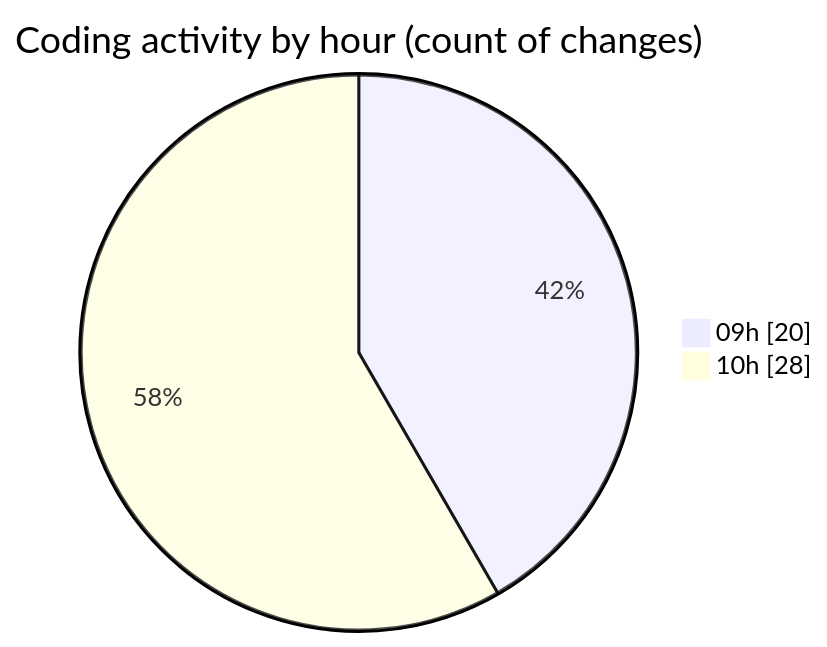
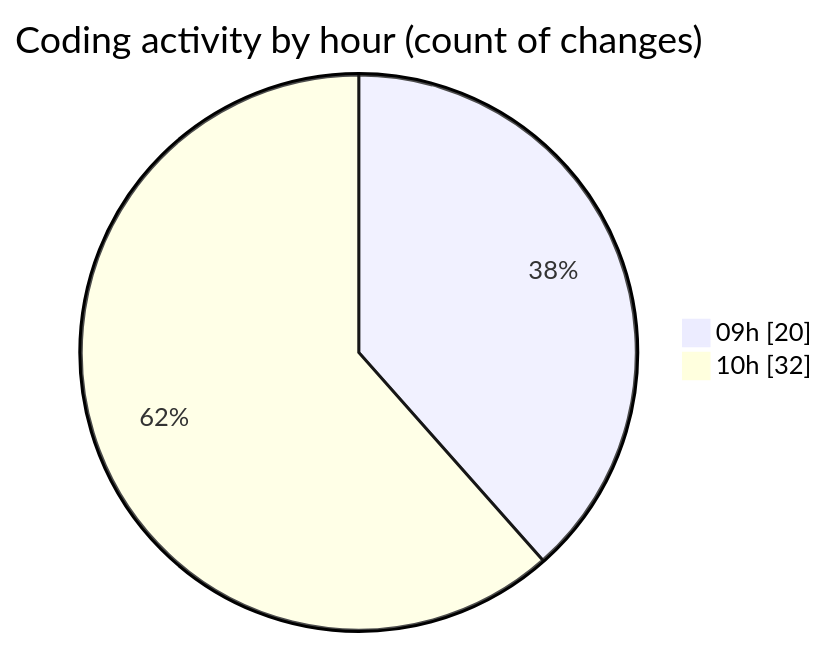
One commit to CELIANVF/code-tracking changed the second of 2 diagrams in 2025-06-10/ecodeli-1/README.md. Above: the diagram before and after it, drawn with Mermaid. The commit also changed other lines of this file and 1 other file, not shown here.

````diff
--- a/2025-06-10/ecodeli-1/README.md
+++ b/2025-06-10/ecodeli-1/README.md
@@ -51,6 +53,6 @@
 ```mermaid
 pie showData
 title Coding activity by hour (count of changes)
 "09h" : 20
-"10h" : 28
+"10h" : 32
 ```
````
